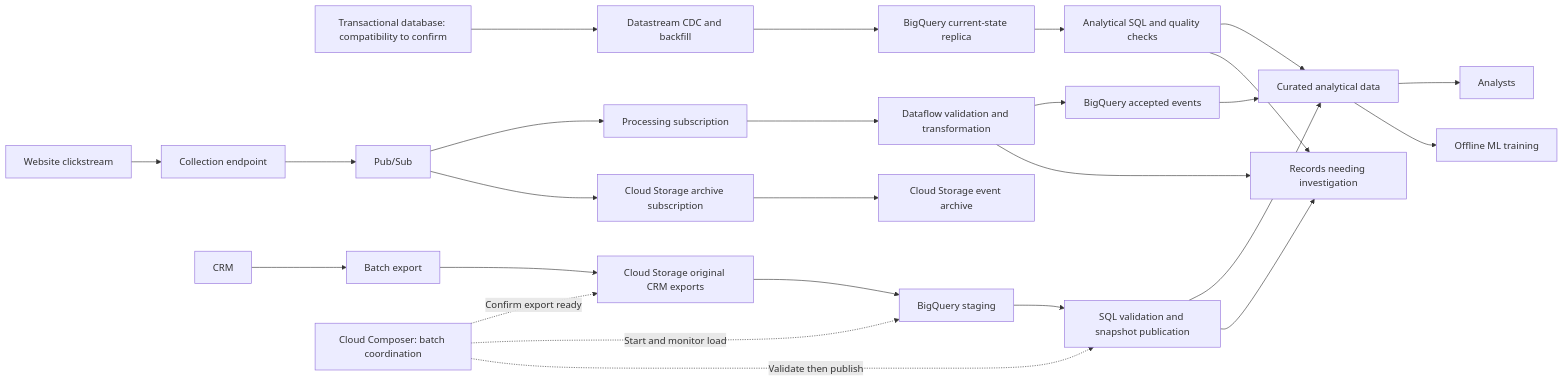
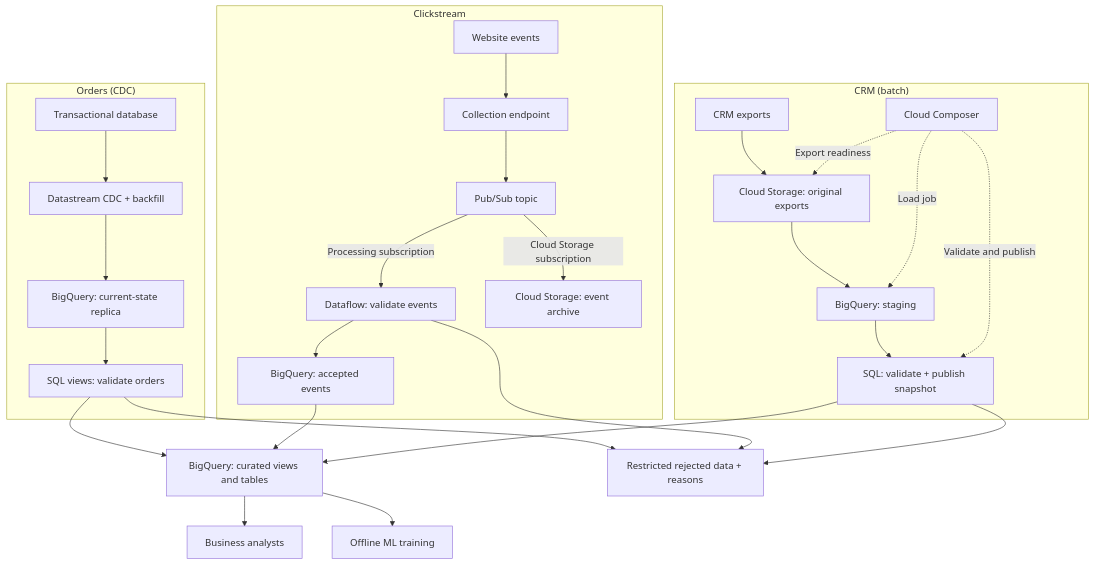
One commit to JamieLCampbell/SeniorEngineerJobApplication changed the diagram in docs/architecture.md. Above: the diagram before and after it, drawn with Mermaid. The commit also changed other lines of this file and 6 other files, not shown here.

First line of the commit message:
Finalise the architecture and separate its assumptions

````diff
--- a/docs/architecture.md
+++ b/docs/architecture.md
@@ -11,28 +21,31 @@
 ```mermaid
-flowchart LR
-    T[Transactional database: compatibility to confirm] --> D[Datastream CDC and backfill]
-    D --> W[BigQuery current-state replica]
-    W --> S[Analytical SQL and quality checks]
-    S --> Q[Curated analytical data]
-    C[Website clickstream] --> H[Collection endpoint]
-    H --> E[Pub/Sub]
-    E --> U[Processing subscription]
-    U --> P[Dataflow validation and transformation]
-    E --> Z[Cloud Storage archive subscription]
-    Z --> R[Cloud Storage event archive]
-    M[CRM] --> B[Batch export]
-    B --> G[Cloud Storage original CRM exports]
-    G --> J[BigQuery staging]
-    J --> X[SQL validation and snapshot publication]
-    O[Cloud Composer: batch coordination] -. Confirm export ready .-> G
-    O -. Start and monitor load .-> J
-    O -. Validate then publish .-> X
-    P --> V[BigQuery accepted events]
-    V --> Q
-    X --> Q
-    P --> I[Records needing investigation]
-    X --> I
-    S --> I
-    Q --> A[Analysts]
-    Q --> L[Offline ML training]
+flowchart TB
+    subgraph orders["Orders (CDC)"]
+        DB["Transactional database"] --> CDC["Datastream CDC + backfill"]
+        CDC --> REPLICA["BigQuery: current-state replica"]
+        REPLICA --> ORDER["SQL views: validate orders"]
+    end
+    subgraph clicks["Clickstream"]
+        WEB["Website events"] --> API["Collection endpoint"]
+        API --> PS["Pub/Sub topic"]
+        PS -->|Processing subscription| DF["Dataflow: validate events"]
+        DF --> EVENTS["BigQuery: accepted events"]
+        PS -->|Cloud Storage subscription| ARCH["Cloud Storage: event archive"]
+    end
+    subgraph crm["CRM (batch)"]
+        CRM["CRM exports"] --> FILES["Cloud Storage: original exports"]
+        FILES --> STAGE["BigQuery: staging"]
+        STAGE --> CHECK["SQL: validate + publish snapshot"]
+        COMPOSER["Cloud Composer"] -. Export readiness .-> FILES
+        COMPOSER -. Load job .-> STAGE
+        COMPOSER -. Validate and publish .-> CHECK
+    end
+    ORDER --> CURATED["BigQuery: curated views and tables"]
+    EVENTS --> CURATED
+    CHECK --> CURATED
+    ORDER --> BAD["Restricted rejected data + reasons"]
+    DF --> BAD
+    CHECK --> BAD
+    CURATED --> BI["Business analysts"]
+    CURATED --> ML["Offline ML training"]
 ```
````
